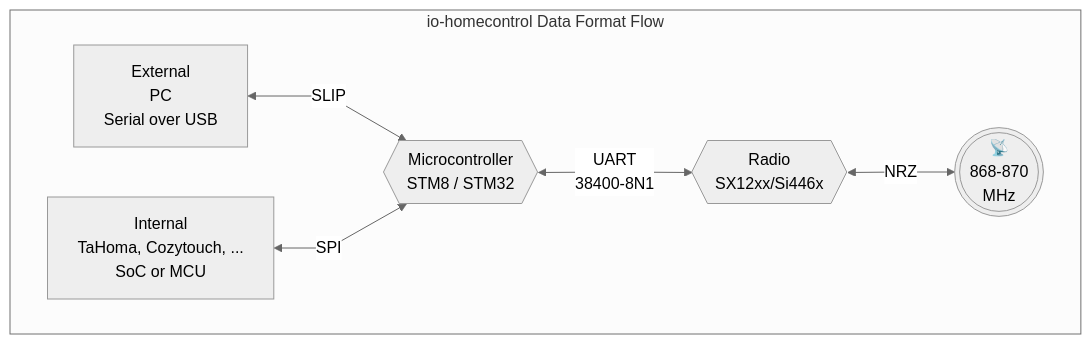
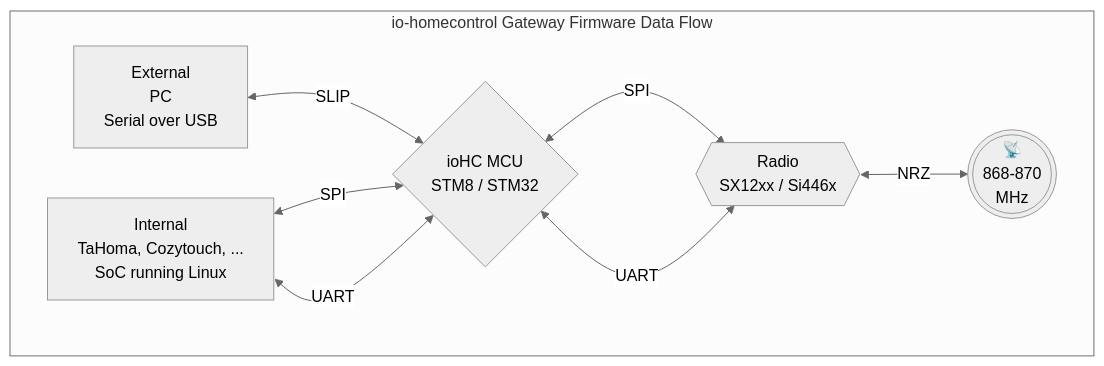
Before and after one commit to Velocet/iown-homecontrol: the diagram in docs/README.md, drawn with Mermaid. The commit also changed 267 other files, not shown here.

````diff
--- a/docs/README.md
+++ b/docs/README.md
@@ -19,20 +19,18 @@
 ``` mermaid
-%%{init:{
-  "theme":"neutral",
-  "fontFamily":"monospace",
-  "flowchart":{"curve":"linear"}
-}}%%
+%%{init:{"theme":"neutral","fontFamily":"monospace","flowchart":{"curve":"natural"}}}%%
 
 flowchart TB
-  subgraph DataFlow["io-homecontrol Data Format Flow"]
-    mcu{{"Microcontroller<br/>STM8 / STM32"}}
-    radio{{"Radio<br/>SX12xx/Si446x"}}
-    ant((("📡<br/>868-870 <br/>MHz")))
+  subgraph DataFlow["io-homecontrol Gateway Firmware Data Flow"]
+    mcu{"ioHC MCU<br/>STM8 / STM32"}
+    radio{{"Radio<br/>SX12xx / Si446x"}}
+    ant((("📡<br/>868-870<br/>MHz")))
     ext["External<br/>PC<br/>Serial over USB<br/>"]
-    int["Internal<br/>TaHoma, Cozytouch, ...<br/>SoC or MCU<br/>"]
+    int["Internal<br/>TaHoma, Cozytouch, ...<br/>SoC running Linux<br/>"]
     ext<--"SLIP"-->mcu
     int<--"SPI"-->mcu
-    mcu<--"UART<br/>38400-8N1"-->radio
+    int<--"UART"-->mcu
+    mcu<--"SPI"-->radio
+    mcu<--"UART"-->radio
     radio<--"NRZ"-->ant
   end
 ```
````
